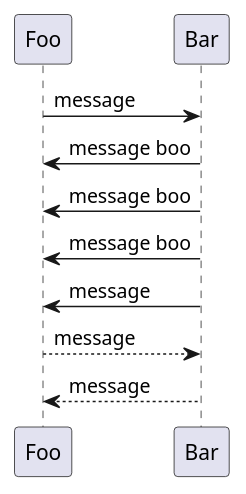
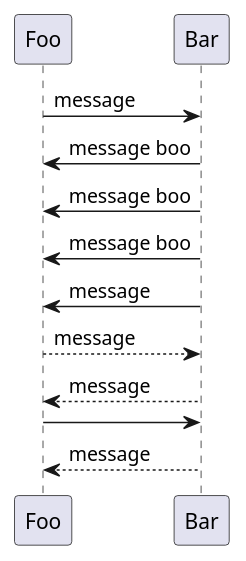
The diagram in test_calls.puml (zhvrnkov/plantuml-parser), drawn with PlantUML before and after one commit. The commit also changed 1 other file, not shown here.

Commit message:
Handle no message calls

```diff
--- a/test_calls.puml
+++ b/test_calls.puml
@@ -1,7 +1,9 @@
 Foo -> Bar : message
 Bar->Foo:message boo
 Bar->Foo: message boo
 Bar->Foo:message boo
 Foo <- Bar : message
 Foo --> Bar : message
 Foo <-- Bar : message
+Foo->Bar
+Foo <-- Bar : message
```
